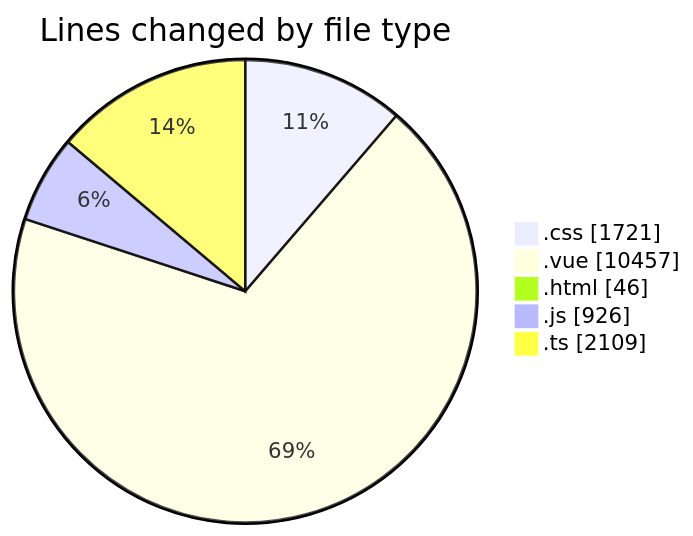
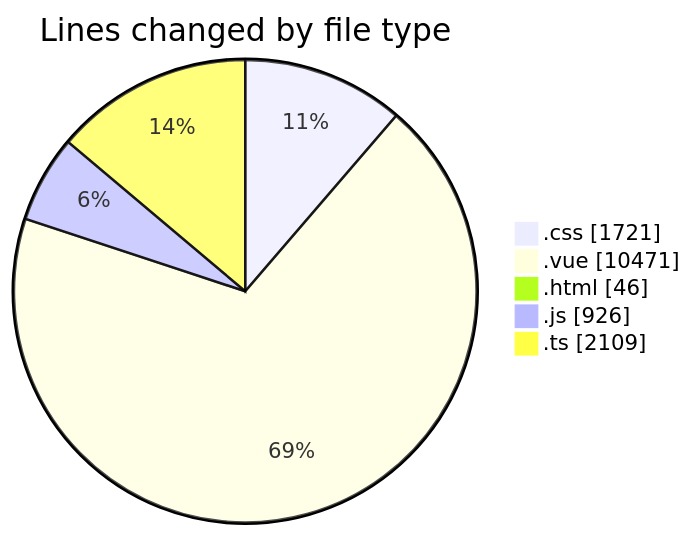
Before and after one commit to lephambinh05/code-tracking: the first of 2 diagrams in 2025-08-18/rentotp/README.md, drawn with Mermaid. The commit also changed other lines of this file and 1 other file, not shown here.

````diff
--- a/2025-08-18/rentotp/README.md
+++ b/2025-08-18/rentotp/README.md
@@ -59,9 +59,9 @@
 ```mermaid
 pie showData
 title Lines changed by file type
 ".css" : 1721
-".vue" : 10457
+".vue" : 10471
 ".html" : 46
 ".js" : 926
 ".ts" : 2109
 ```
````
